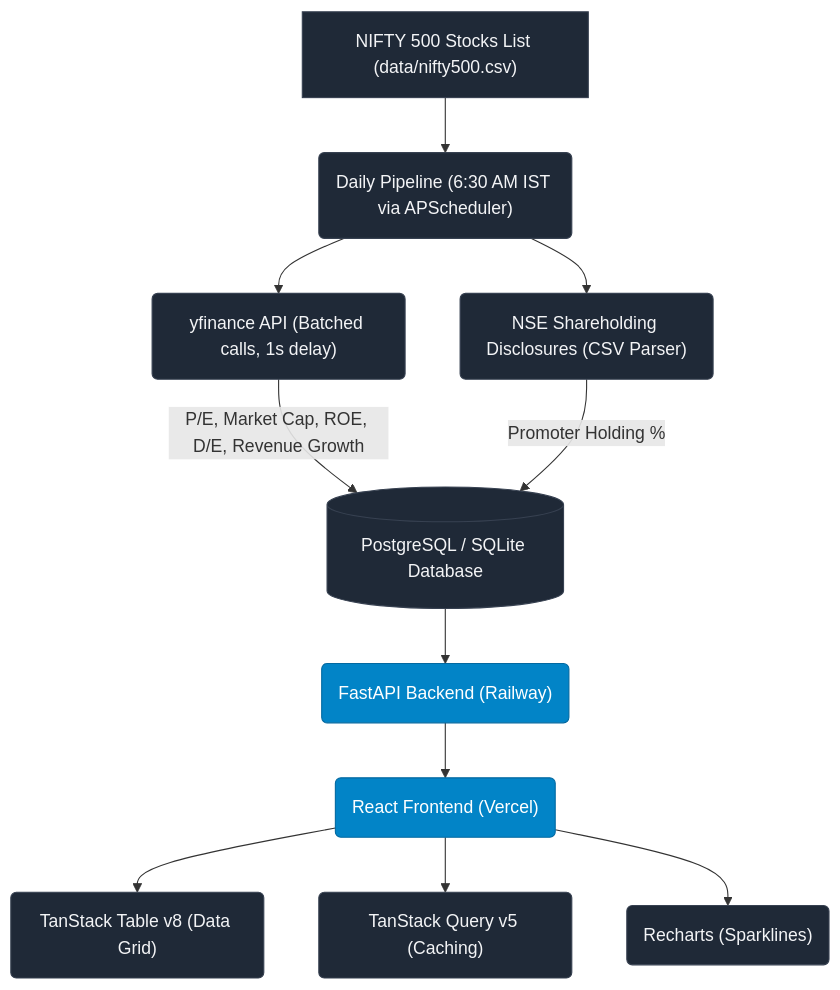
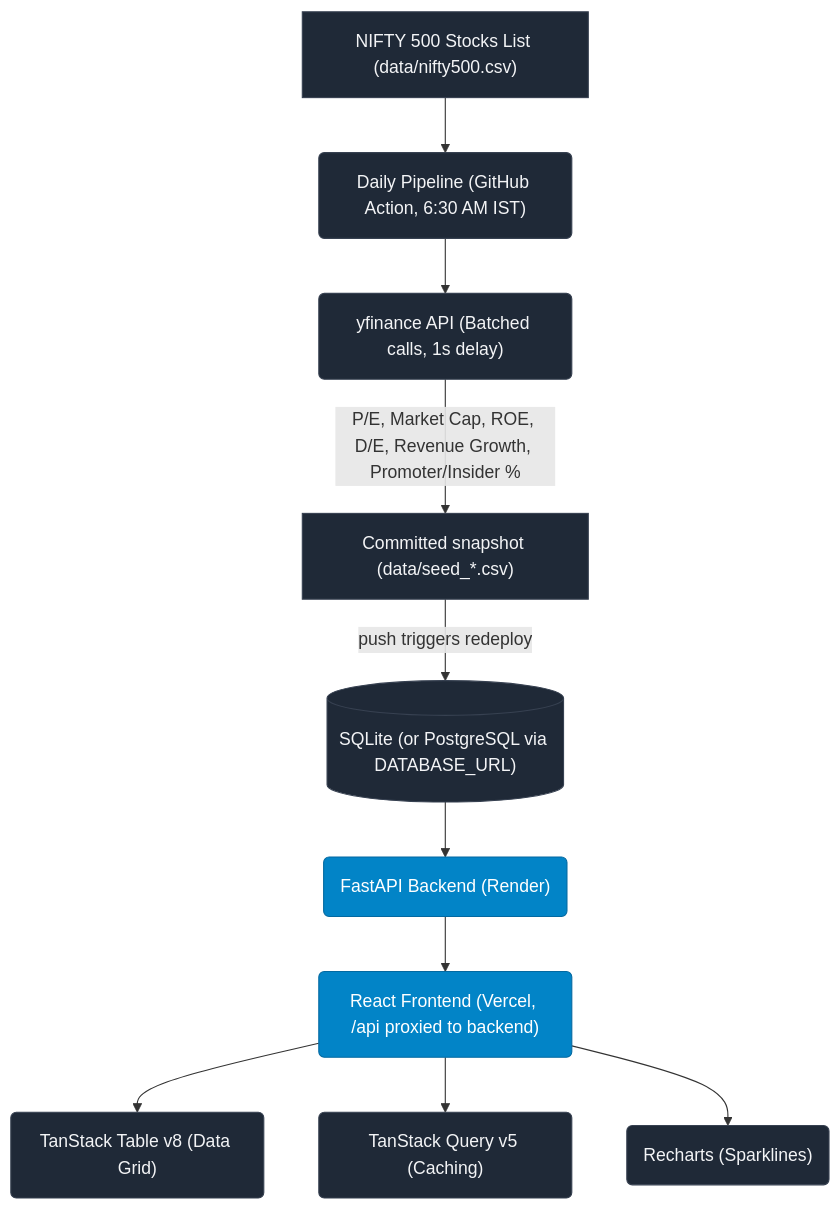
Before and after one commit to Jenak26/nse-screener: the diagram in README.md, drawn with Mermaid. The commit also changed other lines of this file and 22 other files, not shown here.

````diff
--- a/README.md
+++ b/README.md
@@ -29,17 +29,16 @@
 ```mermaid
 flowchart TD
-    A["NIFTY 500 Stocks List (data/nifty500.csv)"] --> B("Daily Pipeline (6:30 AM IST via APScheduler)")
+    A["NIFTY 500 Stocks List (data/nifty500.csv)"] --> B("Daily Pipeline (GitHub Action, 6:30 AM IST)")
     B --> C1("yfinance API (Batched calls, 1s delay)")
-    B --> C2("NSE Shareholding Disclosures (CSV Parser)")
-    C1 -->|P/E, Market Cap, ROE, D/E, Revenue Growth| D[("PostgreSQL / SQLite Database")]
-    C2 -->|Promoter Holding %| D
-    D --> E("FastAPI Backend (Railway)")
-    E --> F("React Frontend (Vercel)")
+    C1 -->|P/E, Market Cap, ROE, D/E, Revenue Growth, Promoter/Insider %| S["Committed snapshot (data/seed_*.csv)"]
+    S -->|push triggers redeploy| D[("SQLite (or PostgreSQL via DATABASE_URL)")]
+    D --> E("FastAPI Backend (Render)")
+    E --> F("React Frontend (Vercel, /api proxied to backend)")
     F --> F1("TanStack Table v8 (Data Grid)")
     F --> F2("TanStack Query v5 (Caching)")
     F --> F3("Recharts (Sparklines)")
     
     classDef default fill:#1f2937,stroke:#374151,color:#f3f4f6;
     classDef highlight fill:#0284c7,stroke:#0369a1,color:#fff;
     class E,F highlight;
 ```
````
